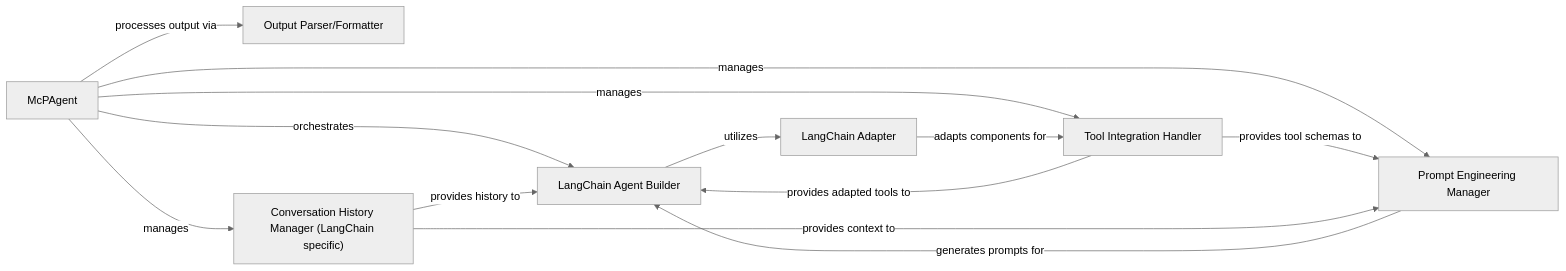
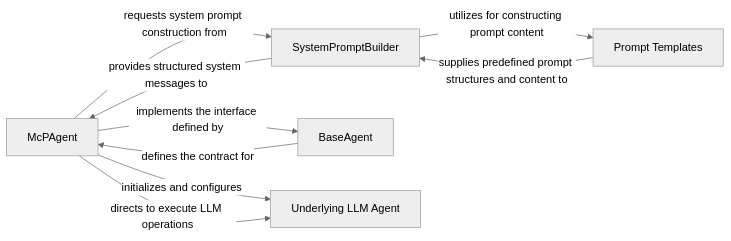
The first of 8 diagrams in docs/development/architecture.mdx (mcp-use/mcp-use), drawn with Mermaid (neutral theme) before and after one commit. The commit also changed other lines of this file and 30 other files, not shown here.

First line of the commit message:
docs: update codeboarding documentation and generate architecture

````diff
--- a/docs/development/architecture.mdx
+++ b/docs/development/architecture.mdx
@@ -146,22 +4,16 @@
 ```mermaid
 graph LR
     McPAgent["McPAgent"]
-    LangChain_Adapter["LangChain Adapter"]
-    LangChain_Agent_Builder["LangChain Agent Builder"]
-    Tool_Integration_Handler["Tool Integration Handler"]
-    Prompt_Engineering_Manager["Prompt Engineering Manager"]
-    Output_Parser_Formatter["Output Parser/Formatter"]
-    Conversation_History_Manager_LangChain_specific_["Conversation History Manager (LangChain specific)"]
-    McPAgent -- "orchestrates" --> LangChain_Agent_Builder
-    McPAgent -- "manages" --> Tool_Integration_Handler
-    McPAgent -- "manages" --> Prompt_Engineering_Manager
-    McPAgent -- "manages" --> Conversation_History_Manager_LangChain_specific_
-    McPAgent -- "processes output via" --> Output_Parser_Formatter
-    LangChain_Agent_Builder -- "utilizes" --> LangChain_Adapter
-    Tool_Integration_Handler -- "provides tool schemas to" --> Prompt_Engineering_Manager
-    Tool_Integration_Handler -- "provides adapted tools to" --> LangChain_Agent_Builder
-    Prompt_Engineering_Manager -- "generates prompts for" --> LangChain_Agent_Builder
-    Conversation_History_Manager_LangChain_specific_ -- "provides context to" --> Prompt_Engineering_Manager
-    Conversation_History_Manager_LangChain_specific_ -- "provides history to" --> LangChain_Agent_Builder
-    LangChain_Adapter -- "adapts components for" --> Tool_Integration_Handler
+    SystemPromptBuilder["SystemPromptBuilder"]
+    Prompt_Templates["Prompt Templates"]
+    BaseAgent["BaseAgent"]
+    Underlying_LLM_Agent["Underlying LLM Agent"]
+    McPAgent -- "requests system prompt construction from" --> SystemPromptBuilder
+    McPAgent -- "initializes and configures" --> Underlying_LLM_Agent
+    McPAgent -- "implements the interface defined by" --> BaseAgent
+    McPAgent -- "directs to execute LLM operations" --> Underlying_LLM_Agent
+    SystemPromptBuilder -- "provides structured system messages to" --> McPAgent
+    SystemPromptBuilder -- "utilizes for constructing prompt content" --> Prompt_Templates
+    Prompt_Templates -- "supplies predefined prompt structures and content to" --> SystemPromptBuilder
+    BaseAgent -- "defines the contract for" --> McPAgent
 ```
````
